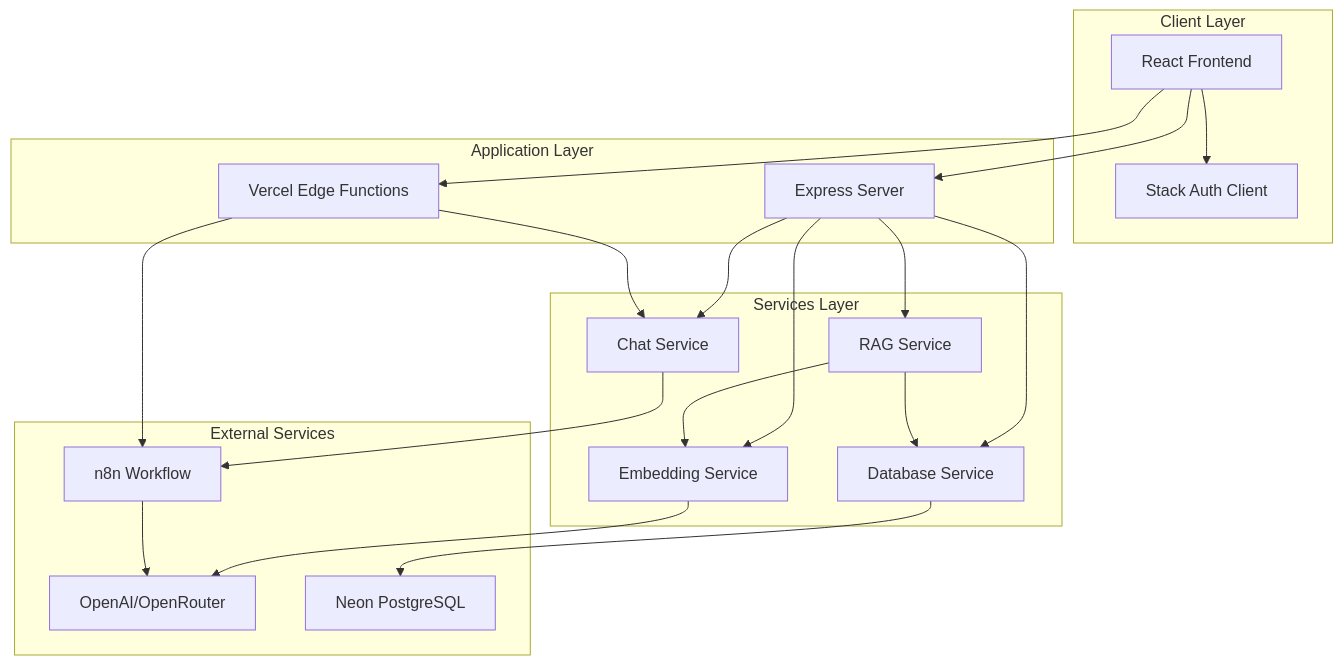
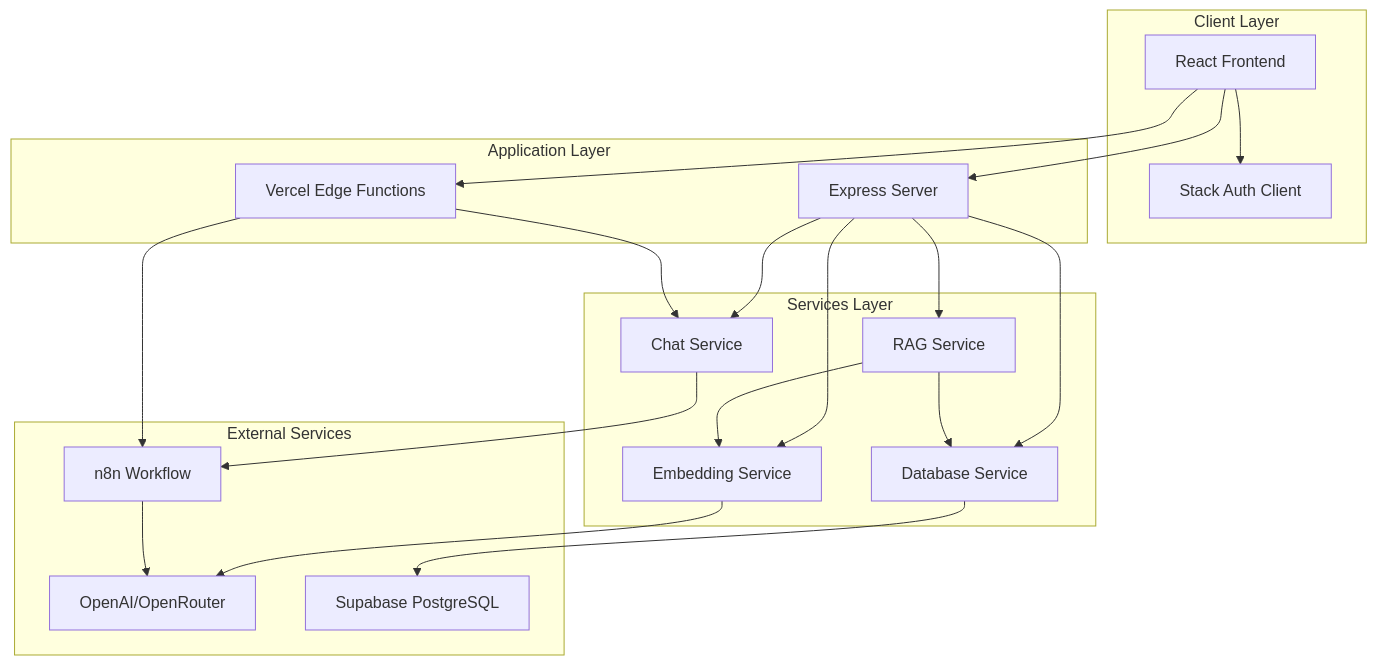
Before and after one commit to NikkuNoShori/MealPrep-Agent: the first of 14 diagrams in docs/Architecture/diagrams.md, drawn with Mermaid. The commit also changed other lines of this file and 68 other files, not shown here.

First line of the commit message:
Update package dependencies, enhance authentication flow, and implement new features

````diff
--- a/docs/Architecture/diagrams.md
+++ b/docs/Architecture/diagrams.md
@@ -7,41 +7,41 @@
 ```mermaid
 graph TB
     subgraph "Client Layer"
         UI[React Frontend]
         Auth[Stack Auth Client]
     end
     
     subgraph "Application Layer"
         API[Express Server]
         Edge[Vercel Edge Functions]
     end
     
     subgraph "Services Layer"
         Chat[Chat Service]
         RAG[RAG Service]
         Embed[Embedding Service]
         DB[Database Service]
     end
     
     subgraph "External Services"
         N8N[n8n Workflow]
         OpenAI[OpenAI/OpenRouter]
-        Neon[Neon PostgreSQL]
+        Supabase[Supabase PostgreSQL]
     end
     
     UI --> Auth
     UI --> API
     UI --> Edge
     API --> Chat
     API --> RAG
     API --> Embed
     API --> DB
     Edge --> Chat
     Edge --> N8N
     Chat --> N8N
     RAG --> Embed
     RAG --> DB
     Embed --> OpenAI
-    DB --> Neon
+    DB --> Supabase
     N8N --> OpenAI
 ```
````
